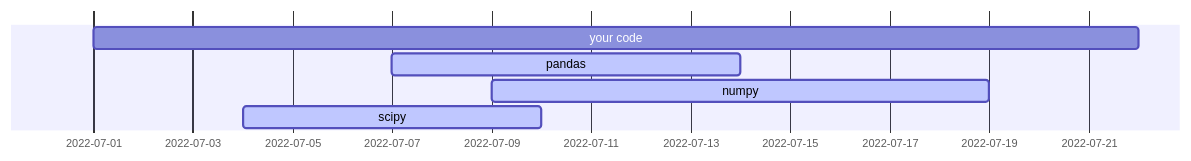
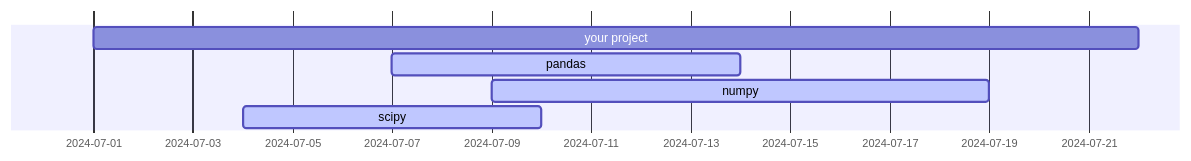
One commit to d33bs/set-website changed the first of 7 diagrams in _posts/2024-02-20-Lockfiles.md. Above: the diagram before and after it, drawn with Mermaid. The commit also changed other lines of this file, not shown here.

Commit message:
diagrams and further content; reorganize for flow

````diff
--- a/_posts/2024-02-20-Lockfiles.md
+++ b/_posts/2024-02-20-Lockfiles.md
@@ -51,7 +47,7 @@
-```mermaid
+```mermaid!
 gantt
-    your code :a, 2022-07-01, 3w
-    pandas :active ,b, 2022-07-07, 1w
-    numpy :active, c, 2022-07-09, 10d
-    scipy :active, d, 2022-07-04, 6d
+    your project :a, 2024-07-01, 3w
+    pandas :active ,b, 2024-07-07, 1w
+    numpy :active, c, 2024-07-09, 10d
+    scipy :active, d, 2024-07-04, 6d
 ```
````
